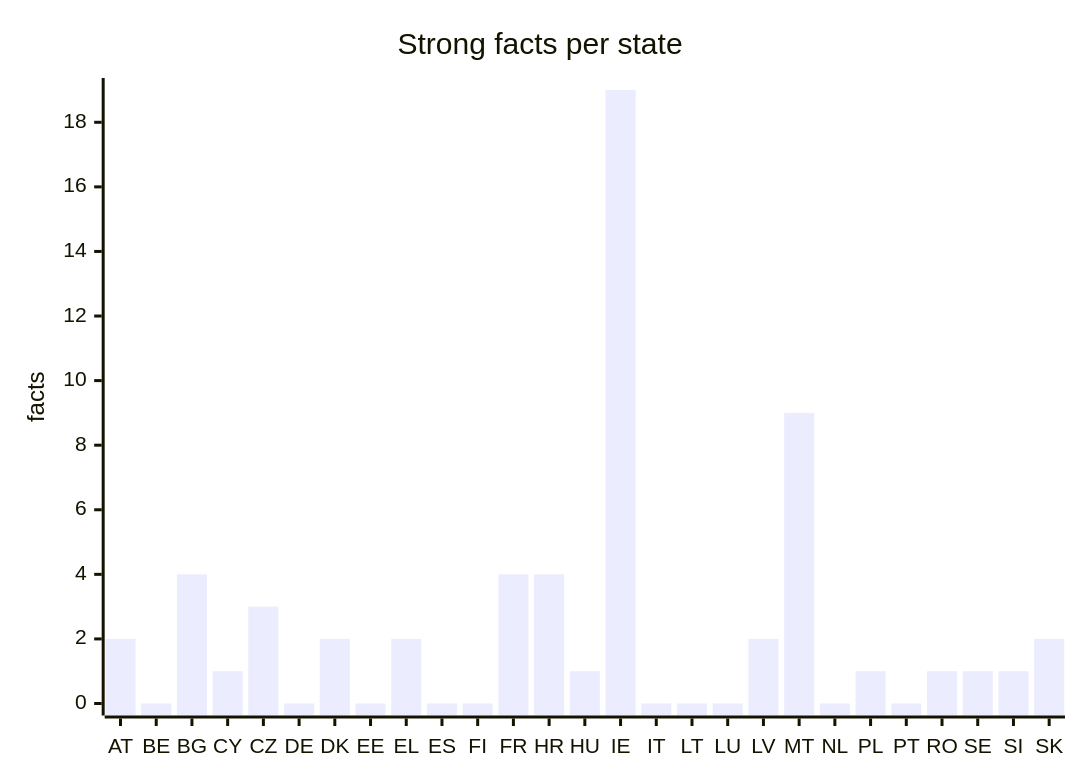
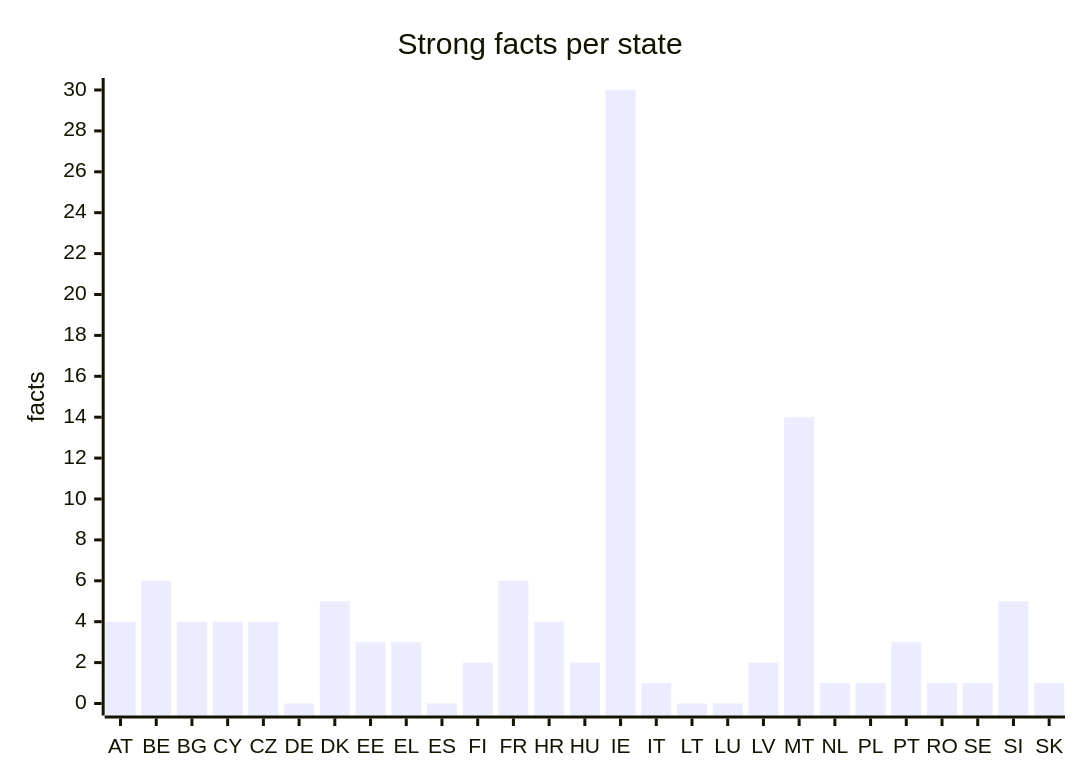
One commit to EU27-data-sovereignty/eu27-data-sovereignty changed the fifth of 5 diagrams in docs/evidence.md. Above: the diagram before and after it, drawn with Mermaid. The commit also changed other lines of this file and 146 other files, not shown here.

````diff
--- a/docs/evidence.md
+++ b/docs/evidence.md
@@ -93,7 +93,7 @@
 ```mermaid
 xychart-beta
   title "Strong facts per state"
   x-axis [AT, BE, BG, CY, CZ, DE, DK, EE, EL, ES, FI, FR, HR, HU, IE, IT, LT, LU, LV, MT, NL, PL, PT, RO, SE, SI, SK]
-  y-axis "facts" 0 --> 19
-  bar [2, 0, 4, 1, 3, 0, 2, 0, 2, 0, 0, 4, 4, 1, 19, 0, 0, 0, 2, 9, 0, 1, 0, 1, 1, 1, 2]
+  y-axis "facts" 0 --> 30
+  bar [4, 6, 4, 4, 4, 0, 5, 3, 3, 0, 2, 6, 4, 2, 30, 1, 0, 0, 2, 14, 1, 1, 3, 1, 1, 5, 1]
 ```
````
